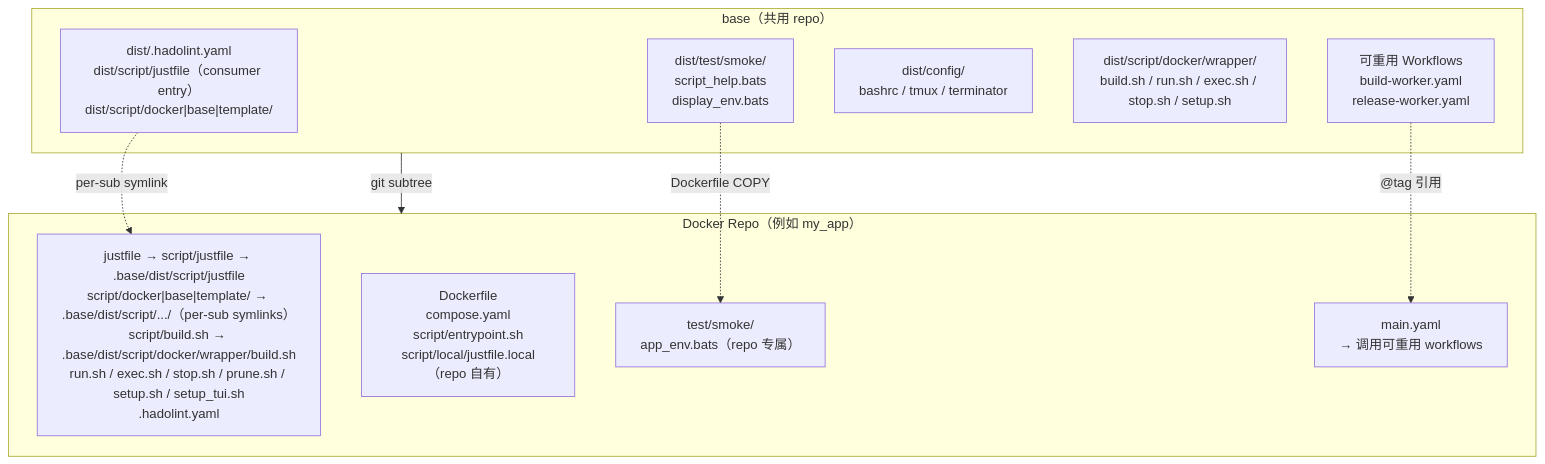
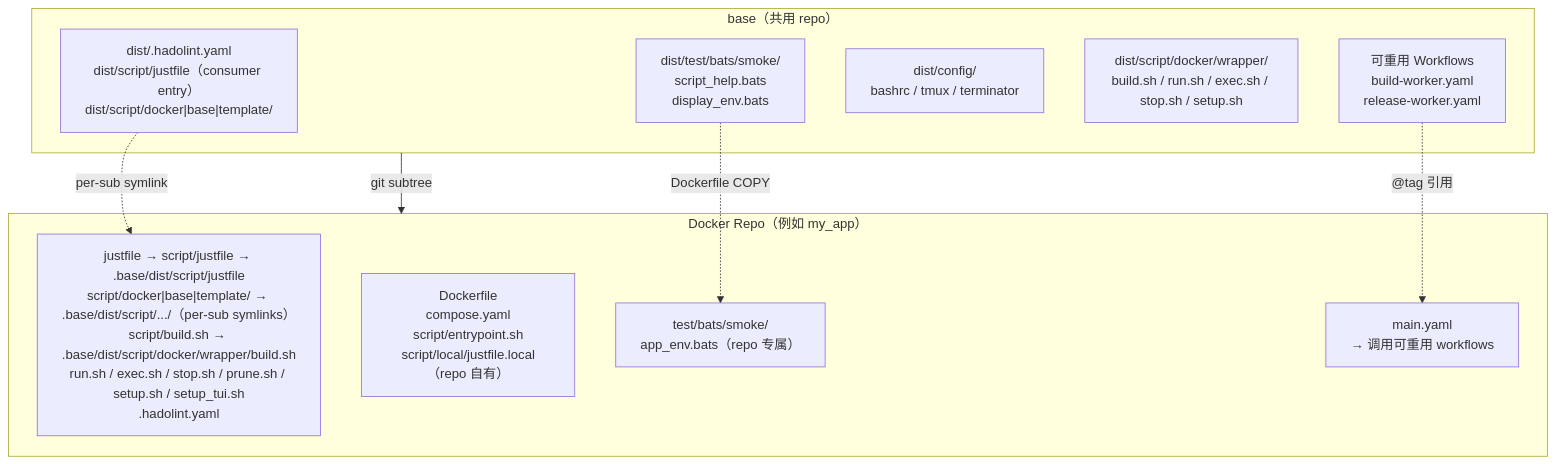
The first of 2 diagrams in doc/readme/README.zh-CN.md (ycpss91255-docker/base), drawn with Mermaid before and after one commit. The commit also changed other lines of this file and 20 other files, not shown here.

First line of the commit message:
refactor(smoke): dist tool-first per-stage smoke layout (S3, closes #783) (#790)

````diff
--- a/doc/readme/README.zh-CN.md
+++ b/doc/readme/README.zh-CN.md
@@ -78,22 +78,22 @@
 ```mermaid
 graph TB
     subgraph base["base（共用 repo）"]
         scripts["dist/.hadolint.yaml<br/>dist/script/justfile（consumer entry）<br/>dist/script/docker|base|template/"]
-        smoke["dist/test/smoke/<br/>script_help.bats<br/>display_env.bats"]
+        smoke["dist/test/bats/smoke/<br/>script_help.bats<br/>display_env.bats"]
         config["dist/config/<br/>bashrc / tmux / terminator"]
         mgmt["dist/script/docker/wrapper/<br/>build.sh / run.sh / exec.sh / stop.sh / setup.sh"]
         workflows["可重用 Workflows<br/>build-worker.yaml<br/>release-worker.yaml"]
     end
 
     subgraph consumer["Docker Repo（例如 my_app）"]
         symlinks["justfile → script/justfile → .base/dist/script/justfile<br/>script/docker|base|template/ → .base/dist/script/.../（per-sub symlinks）<br/>script/build.sh → .base/dist/script/docker/wrapper/build.sh<br/>run.sh / exec.sh / stop.sh / prune.sh / setup.sh / setup_tui.sh<br/>.hadolint.yaml"]
         dockerfile["Dockerfile<br/>compose.yaml<br/>script/entrypoint.sh<br/>script/local/justfile.local（repo 自有）"]
-        repo_test["test/smoke/<br/>app_env.bats（repo 专属）"]
+        repo_test["test/bats/smoke/<br/>app_env.bats（repo 专属）"]
         main_yaml["main.yaml<br/>→ 调用可重用 workflows"]
     end
 
     base -- "git subtree" --> consumer
     scripts -. "per-sub symlink" .-> symlinks
     smoke -. "Dockerfile COPY" .-> repo_test
     workflows -. "@tag 引用" .-> main_yaml
 ```
````
